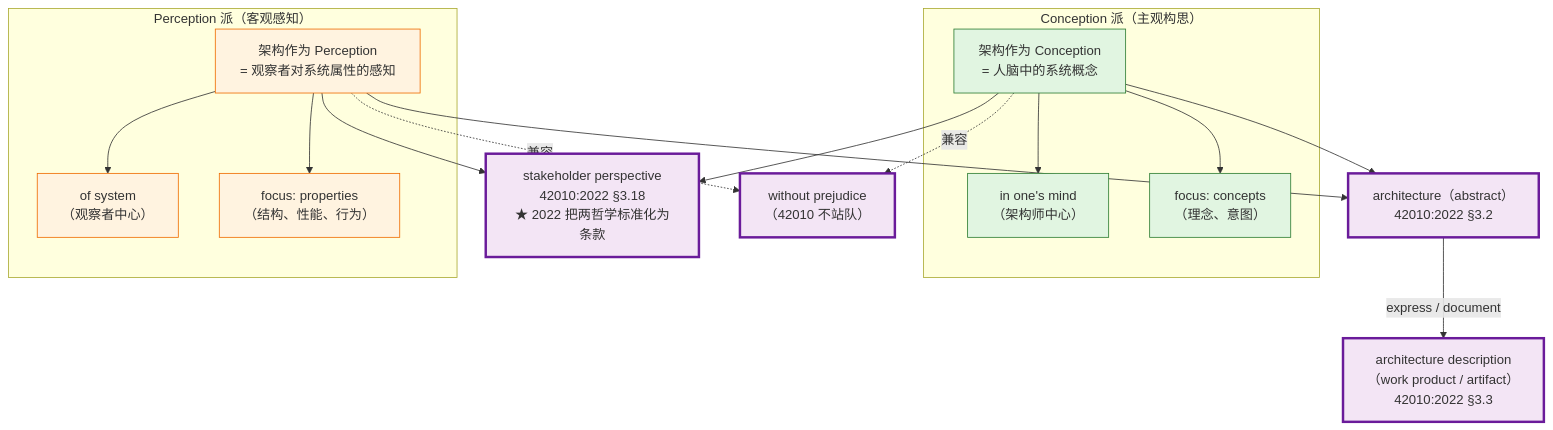
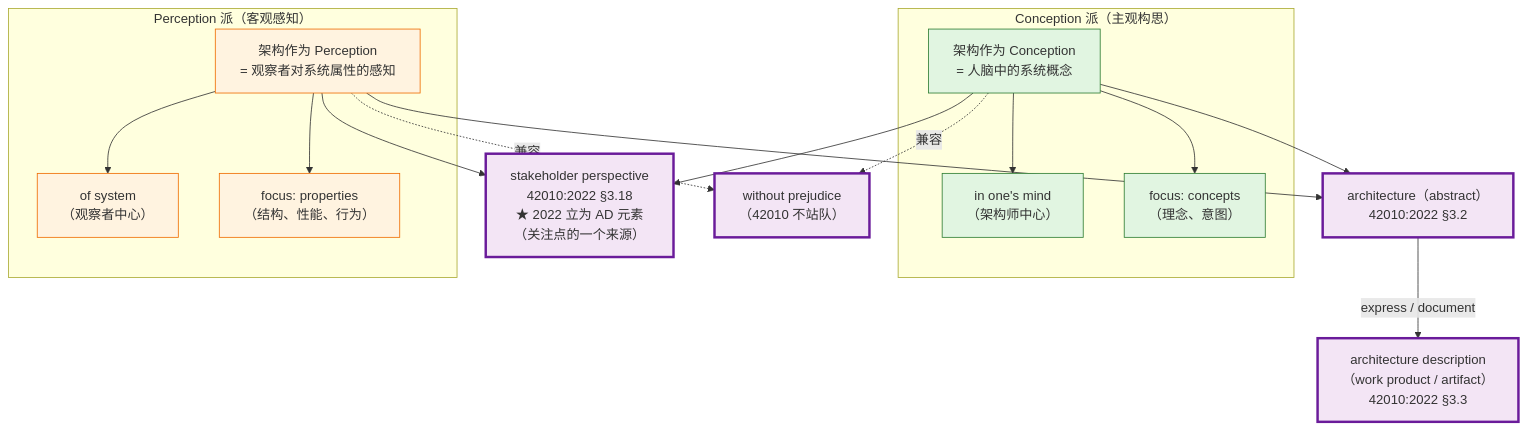
Before and after one commit to Yongjunzhou/AOS-system-design: the ninth of 17 diagrams in 100-subprojects/01-系统工程研究/00-系统工程相关研究报告/22-架构、概念、属性研究报告—术语权威定义与对照分析.md, drawn with Mermaid. The commit also changed other lines of this file and 38 other files, not shown here.

````diff
--- a/100-subprojects/01-系统工程研究/00-系统工程相关研究报告/22-架构、概念、属性研究报告—术语权威定义与对照分析.md
+++ b/100-subprojects/01-系统工程研究/00-系统工程相关研究报告/22-架构、概念、属性研究报告—术语权威定义与对照分析.md
@@ -703,39 +740,39 @@
 ```mermaid
 flowchart TB
     subgraph "Conception 派（主观构思）"
         C["架构作为 Conception<br/>= 人脑中的系统概念"]
         IC["in one's mind<br/>（架构师中心）"]
         CF["focus: concepts<br/>（理念、意图）"]
         C --> IC
         C --> CF
     end
 
     subgraph "Perception 派（客观感知）"
         P["架构作为 Perception<br/>= 观察者对系统属性的感知"]
         IP["of system<br/>（观察者中心）"]
         PF["focus: properties<br/>（结构、性能、行为）"]
         P --> IP
         P --> PF
     end
 
     ARCH["architecture（abstract）<br/>42010:2022 §3.2"]
     AD["architecture description<br/>（work product / artifact）<br/>42010:2022 §3.3"]
-    SP["stakeholder perspective<br/>42010:2022 §3.18<br/>★ 2022 把两哲学标准化为条款"]
+    SP["stakeholder perspective<br/>42010:2022 §3.18<br/>★ 2022 立为 AD 元素<br/>（关注点的一个来源）"]
 
     C --> ARCH
     P --> ARCH
     ARCH -->|"express / document"| AD
     C --> SP
     P --> SP
 
     WITHOUT["without prejudice<br/>（42010 不站队）"]
     C -.兼容.-> WITHOUT
     P -.兼容.-> WITHOUT
 
     classDef conception fill:#e1f5e1,stroke:#2e7d32
     classDef perception fill:#fff3e0,stroke:#ef6c00
     classDef center fill:#f3e5f5,stroke:#6a1b9a,stroke-width:3px
     class C,IC,CF conception
     class P,IP,PF perception
     class ARCH,AD,SP,WITHOUT center
 ```
````
